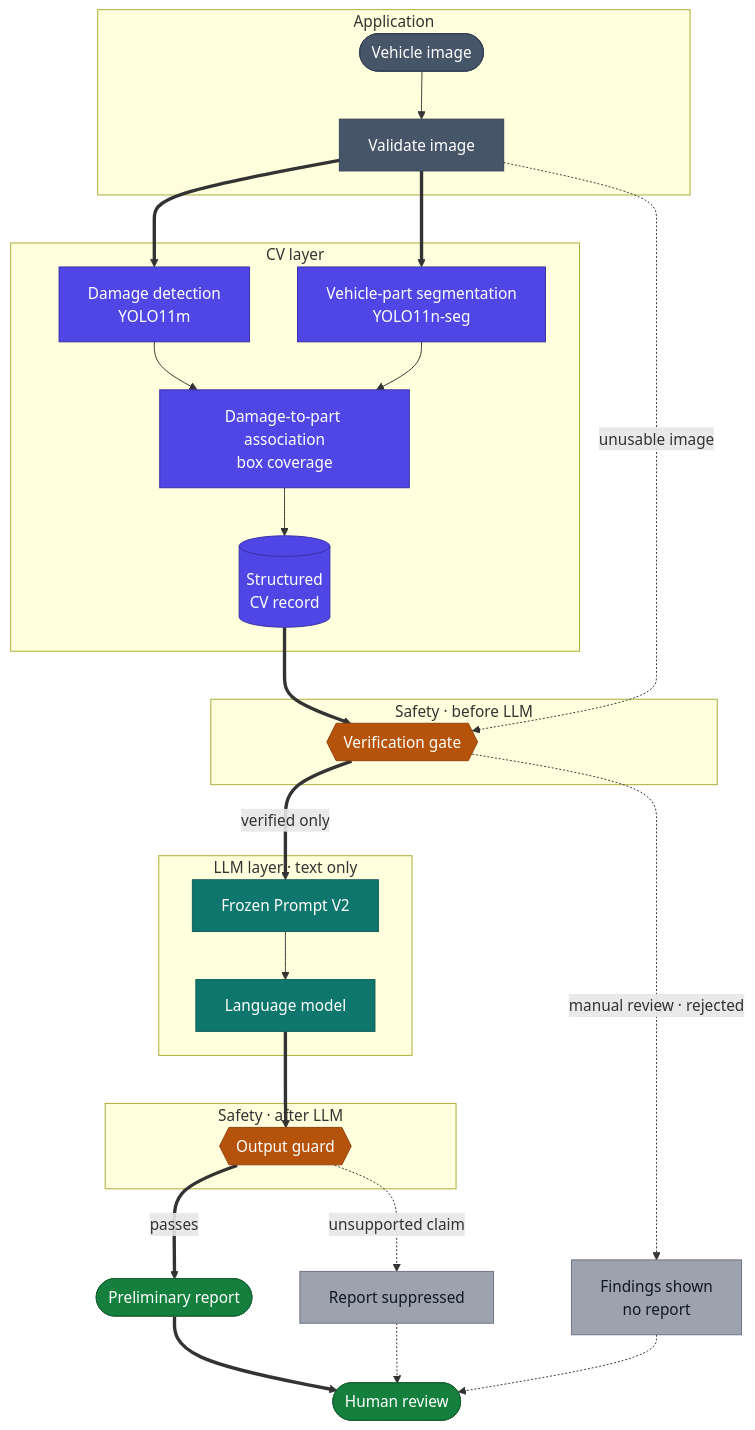
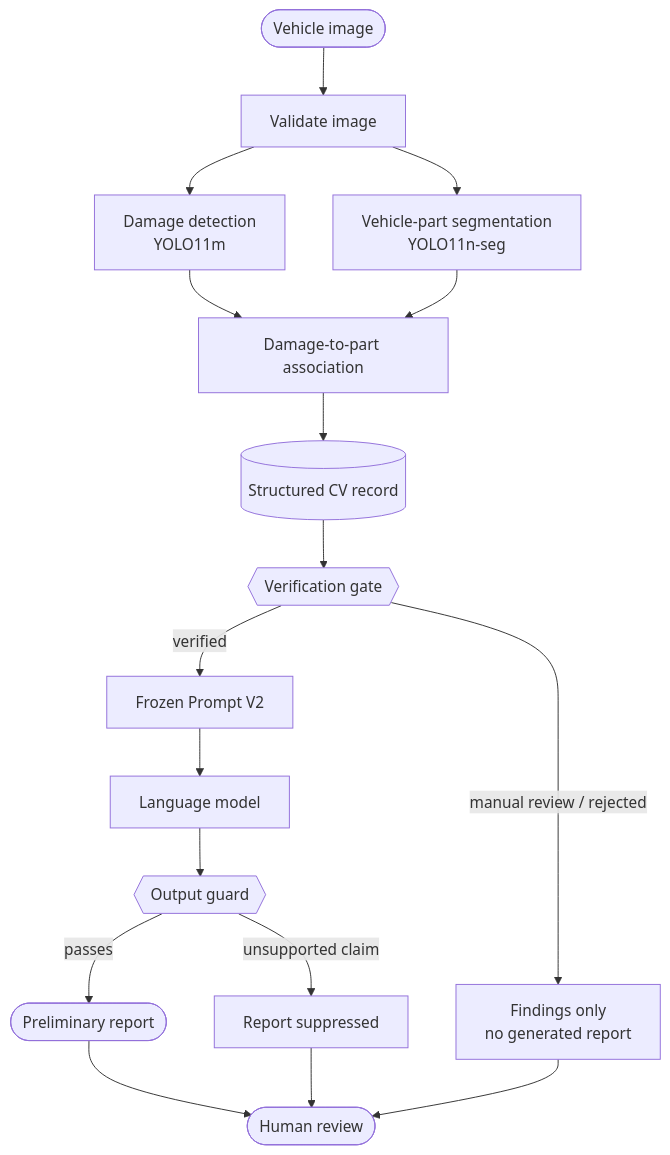
The first of 2 diagrams in README.md (Haifald/qaddir-vehicle-damage-assessment), drawn with Mermaid before and after one commit. The commit also changed other lines of this file, not shown here.

````diff
--- a/README.md
+++ b/README.md
@@ -56,51 +71,25 @@
 ```mermaid
 flowchart TD
-    subgraph APP["Application"]
-        IN(["Vehicle image"]) --> VAL["Validate image"]
-    end
-    subgraph CV["CV layer"]
-        DMG["Damage detection<br/>YOLO11m"]
-        PRT["Vehicle-part segmentation<br/>YOLO11n-seg"]
-        ASC["Damage-to-part association<br/>box coverage"]
-        REC[("Structured<br/>CV record")]
-        DMG --> ASC
-        PRT --> ASC
-        ASC --> REC
-    end
-    subgraph PRE["Safety · before LLM"]
-        VER{{"Verification gate"}}
-    end
-    subgraph LLM["LLM layer · text only"]
-        PRM["Frozen Prompt V2"] --> GEN["Language model"]
-    end
-    subgraph POST["Safety · after LLM"]
-        OG{{"Output guard"}}
-    end
+    IN(["Vehicle image"]) --> VAL["Validate image"]
 
-    VAL ==> DMG
-    VAL ==> PRT
-    REC ==> VER
-    VER ==>|"verified only"| PRM
-    GEN ==> OG
-    OG ==>|"passes"| OUT(["Preliminary report"])
-    OUT ==> HR(["Human review"])
+    VAL --> DMG["Damage detection<br/>YOLO11m"]
+    VAL --> PART["Vehicle-part segmentation<br/>YOLO11n-seg"]
 
-    VAL -.->|"unusable image"| VER
-    VER -.->|"manual review · rejected"| FND["Findings shown<br/>no report"]
-    OG -.->|"unsupported claim"| SUP["Report suppressed"]
-    FND -.-> HR
-    SUP -.-> HR
+    DMG --> MATCH["Damage-to-part association"]
+    PART --> MATCH
 
-    classDef app fill:#475569,stroke:#334155,color:#ffffff
-    classDef cv fill:#4f46e5,stroke:#3730a3,color:#ffffff
-    classDef gate fill:#b45309,stroke:#92400e,color:#ffffff
-    classDef llm fill:#0f766e,stroke:#115e59,color:#ffffff
-    classDef done fill:#15803d,stroke:#166534,color:#ffffff
-    classDef halt fill:#9ca3af,stroke:#6b7280,color:#111827
-    class IN,VAL app
-    class DMG,PRT,ASC,REC cv
-    class VER,OG gate
-    class PRM,GEN llm
-    class OUT,HR done
-    class FND,SUP halt
+    MATCH --> RECORD[("Structured CV record")]
+    RECORD --> VERIFY{{"Verification gate"}}
+
+    VERIFY -->|"verified"| PROMPT["Frozen Prompt V2"]
+    PROMPT --> LLM["Language model"]
+    LLM --> GUARD{{"Output guard"}}
+    GUARD -->|"passes"| REPORT(["Preliminary report"])
+    REPORT --> HUMAN(["Human review"])
+
+    VERIFY -->|"manual review / rejected"| FINDINGS["Findings only<br/>no generated report"]
+    FINDINGS --> HUMAN
+
+    GUARD -->|"unsupported claim"| BLOCKED["Report suppressed"]
+    BLOCKED --> HUMAN
 ```
````
